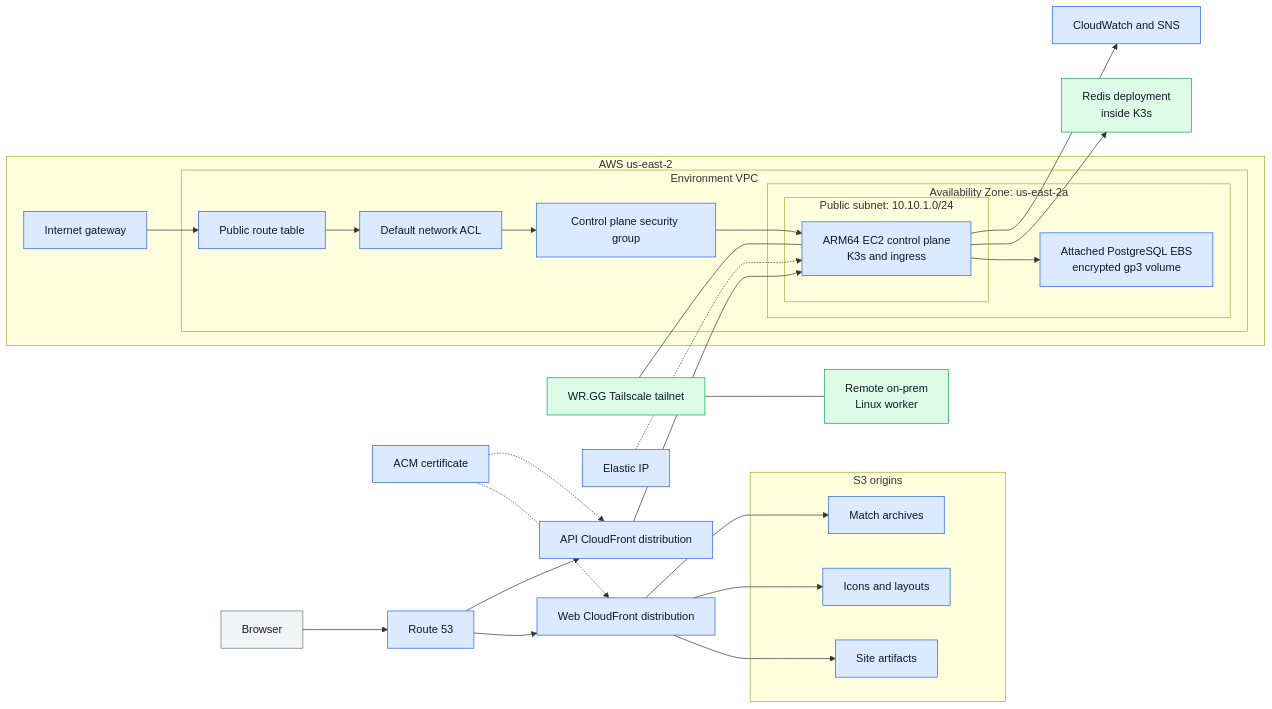
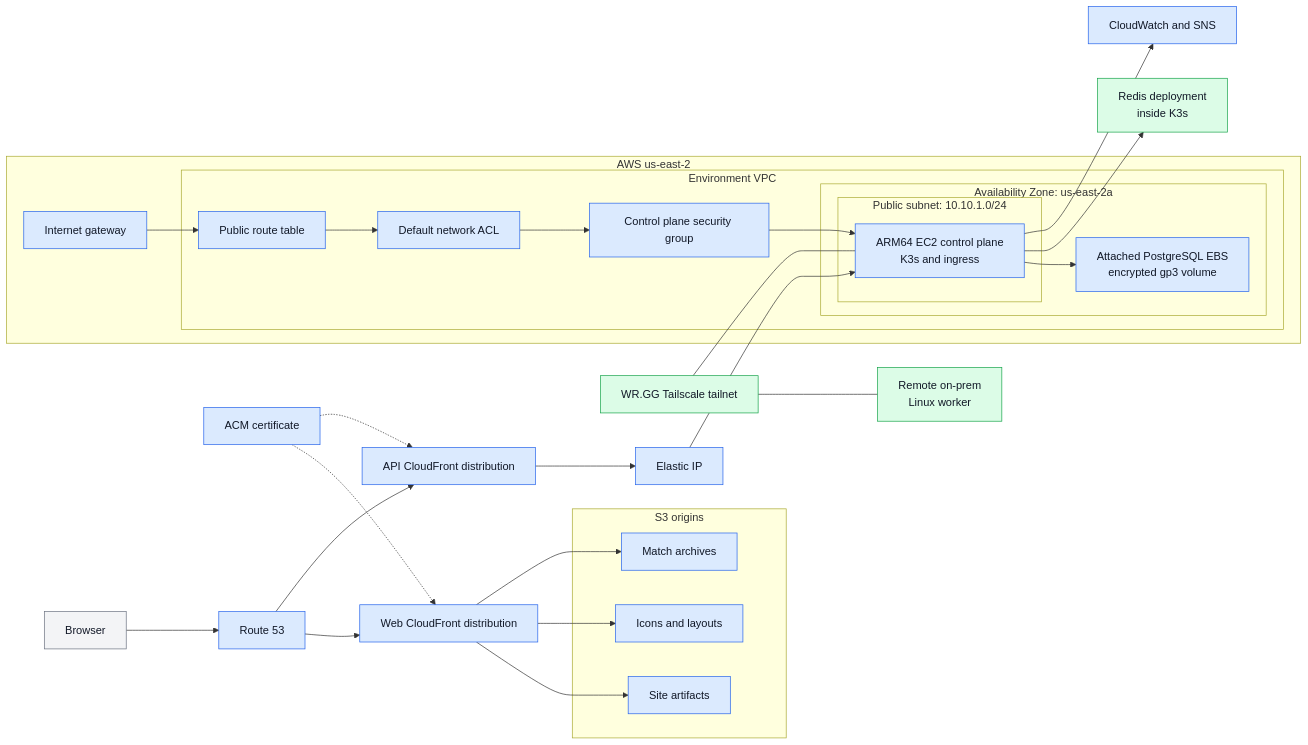
The second of 2 diagrams in docs/infrastructure-resources.md (winrates-gg/wrgg-public-documentation), drawn with Mermaid before and after one commit.

Commit message:
another layout experiment

````diff
--- a/docs/infrastructure-resources.md
+++ b/docs/infrastructure-resources.md
@@ -109,61 +109,60 @@
 ```mermaid
 flowchart LR
     Browser["Browser"]
     DNS["Route 53"]
     WebCDN["Web CloudFront distribution"]
     APICDN["API CloudFront distribution"]
     ACM["ACM certificate"]
 
     subgraph Origins["S3 origins"]
         Site["Site artifacts"]
         Icons["Icons and layouts"]
         Archives["Match archives"]
     end
 
     subgraph Region["AWS us-east-2"]
         IGW["Internet gateway"]
         subgraph VPC["Environment VPC"]
             RouteTable["Public route table"]
             NetworkACL["Default network ACL"]
             SecurityGroup["Control plane security group"]
             subgraph AvailabilityZone["Availability Zone: us-east-2a"]
                 subgraph PublicSubnet["Public subnet: 10.10.1.0/24"]
                     ControlPlane["ARM64 EC2 control plane\nK3s and ingress"]
                 end
                 Database["Attached PostgreSQL EBS\nencrypted gp3 volume"]
             end
         end
     end
 
     Redis["Redis deployment\ninside K3s"]
     RemoteHost["Remote on-prem\nLinux worker"]
     Tailscale["WR.GG Tailscale tailnet"]
     ElasticIP["Elastic IP"]
     Operations["CloudWatch and SNS"]
 
     Browser --> DNS
     DNS --> WebCDN
     DNS --> APICDN
     ACM -.-> WebCDN
     ACM -.-> APICDN
     WebCDN --> Site
     WebCDN --> Icons
     WebCDN --> Archives
-    APICDN --> ControlPlane
+    APICDN --> ElasticIP --> ControlPlane
     IGW --> RouteTable --> NetworkACL --> SecurityGroup --> ControlPlane
-    ElasticIP -.-> ControlPlane
     ControlPlane --> Database
     ControlPlane --> Redis
     Tailscale --- ControlPlane
     Tailscale --- RemoteHost
     ControlPlane --> Operations
 
     classDef neutral fill:#f3f4f6,stroke:#6b7280,color:#111827
     classDef aws fill:#dbeafe,stroke:#2563eb,color:#111827
     classDef runtime fill:#dcfce7,stroke:#16a34a,color:#111827
     classDef external fill:#fee2e2,stroke:#dc2626,color:#111827
 
     class Browser neutral
     class DNS,WebCDN,APICDN,ACM,Site,Icons,Archives,IGW,RouteTable,NetworkACL,SecurityGroup,ControlPlane,Database,ElasticIP,Operations aws
     class Redis,RemoteHost,Tailscale runtime
 ```
````
